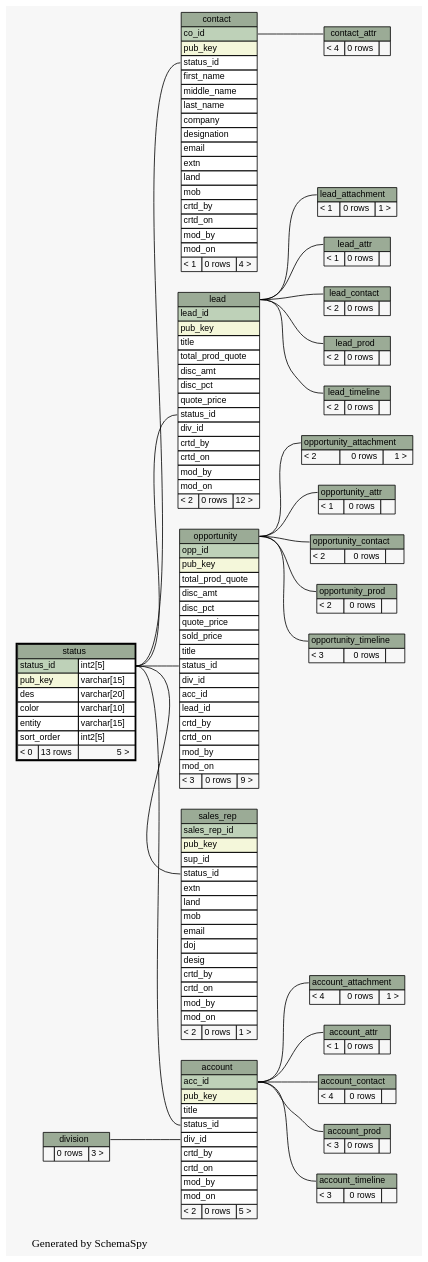
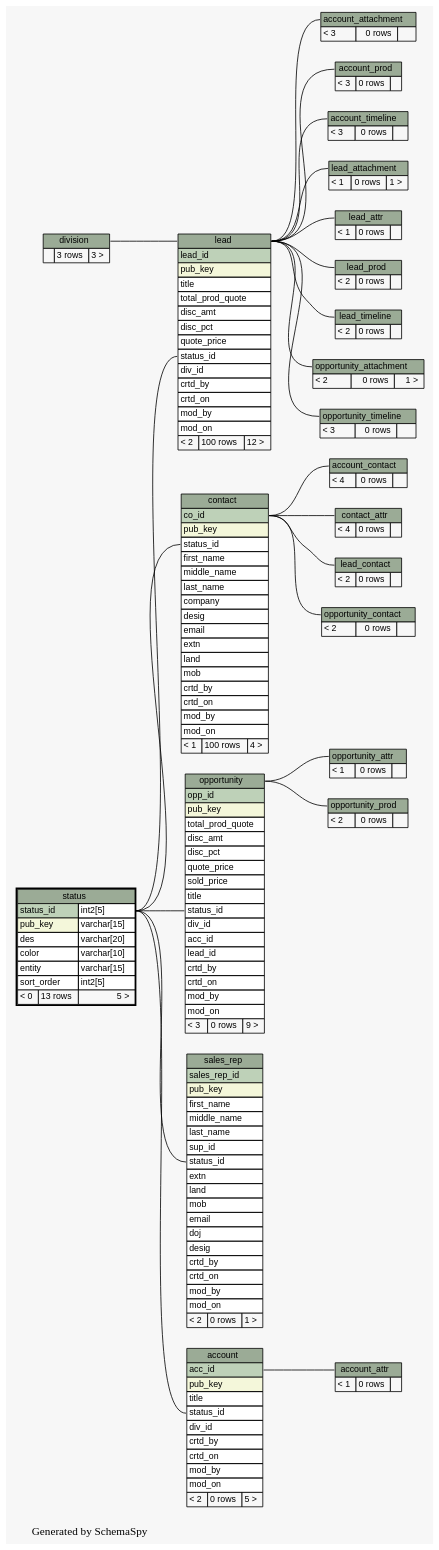
Before and after one commit to engineerscraft/salesforce: the diagram in docs/database/schemaspy/graphs/status.2degrees.dot, drawn with Graphviz. The commit also changed 180 other files, not shown here.

Commit message:
test data created for sales_rep, contact, division, product, lead created

```diff
--- a/docs/database/schemaspy/graphs/status.2degrees.dot
+++ b/docs/database/schemaspy/graphs/status.2degrees.dot
@@ -14,27 +14,27 @@
   edge [
     arrowsize="0.8"
   ];
-  "account":"div_id":w -> "division":"division.heading":e [arrowtail=crowtee arrowhead=none];
   "account":"status_id":w -> "status":"status_id.type":e [arrowtail=crowtee arrowhead=none];
-  "account_attachment":"account_attachment.heading":w -> "account":"acc_id":e [arrowtail=crowtee arrowhead=none];
+  "account_attachment":"account_attachment.heading":w -> "lead":"lead.heading":e [arrowtail=crowodot arrowhead=none];
   "account_attr":"account_attr.heading":w -> "account":"acc_id":e [arrowtail=tee arrowhead=none];
-  "account_contact":"account_contact.heading":w -> "account":"acc_id":e [arrowtail=crowtee arrowhead=none];
-  "account_prod":"account_prod.heading":w -> "account":"acc_id":e [arrowtail=crowtee arrowhead=none];
-  "account_timeline":"account_timeline.heading":w -> "account":"acc_id":e [arrowtail=crowtee arrowhead=none];
+  "account_contact":"account_contact.heading":w -> "contact":"co_id":e [arrowtail=crowtee arrowhead=none];
+  "account_prod":"account_prod.heading":w -> "lead":"lead.heading":e [arrowtail=crowtee arrowhead=none];
+  "account_timeline":"account_timeline.heading":w -> "lead":"lead.heading":e [arrowtail=crowodot arrowhead=none];
   "contact":"status_id":w -> "status":"status_id.type":e [arrowtail=crowtee arrowhead=none];
   "contact_attr":"contact_attr.heading":w -> "contact":"co_id":e [arrowtail=tee arrowhead=none];
+  "lead":"lead.heading":w -> "division":"division.heading":e [arrowtail=crowtee arrowhead=none];
   "lead":"status_id":w -> "status":"status_id.type":e [arrowtail=crowtee arrowhead=none];
   "lead_attachment":"lead_attachment.heading":w -> "lead":"lead.heading":e [arrowtail=crowtee arrowhead=none];
   "lead_attr":"lead_attr.heading":w -> "lead":"lead.heading":e [arrowtail=tee arrowhead=none];
-  "lead_contact":"lead_contact.heading":w -> "lead":"lead.heading":e [arrowtail=crowtee arrowhead=none];
+  "lead_contact":"lead_contact.heading":w -> "contact":"co_id":e [arrowtail=crowtee arrowhead=none];
   "lead_prod":"lead_prod.heading":w -> "lead":"lead.heading":e [arrowtail=crowtee arrowhead=none];
   "lead_timeline":"lead_timeline.heading":w -> "lead":"lead.heading":e [arrowtail=crowtee arrowhead=none];
   "opportunity":"status_id":w -> "status":"status_id.type":e [arrowtail=crowtee arrowhead=none];
-  "opportunity_attachment":"opportunity_attachment.heading":w -> "opportunity":"opportunity.heading":e [arrowtail=crowtee arrowhead=none];
+  "opportunity_attachment":"opportunity_attachment.heading":w -> "lead":"lead.heading":e [arrowtail=crowtee arrowhead=none];
   "opportunity_attr":"opportunity_attr.heading":w -> "opportunity":"opportunity.heading":e [arrowtail=tee arrowhead=none];
-  "opportunity_contact":"opportunity_contact.heading":w -> "opportunity":"opportunity.heading":e [arrowtail=crowtee arrowhead=none];
+  "opportunity_contact":"opportunity_contact.heading":w -> "contact":"co_id":e [arrowtail=crowtee arrowhead=none];
   "opportunity_prod":"opportunity_prod.heading":w -> "opportunity":"opportunity.heading":e [arrowtail=crowtee arrowhead=none];
-  "opportunity_timeline":"opportunity_timeline.heading":w -> "opportunity":"opportunity.heading":e [arrowtail=crowtee arrowhead=none];
+  "opportunity_timeline":"opportunity_timeline.heading":w -> "lead":"lead.heading":e [arrowtail=crowodot arrowhead=none];
   "sales_rep":"status_id":w -> "status":"status_id.type":e [arrowtail=crowtee arrowhead=none];
   "account" [
     label=<
@@ -58,7 +58,7 @@
     label=<
     <TABLE BORDER="0" CELLBORDER="1" CELLSPACING="0" BGCOLOR="#ffffff">
       <TR><TD PORT="account_attachment.heading" COLSPAN="3" BGCOLOR="#9bab96" ALIGN="CENTER">account_attachment</TD></TR>
-      <TR><TD ALIGN="LEFT" BGCOLOR="#f7f7f7">&lt; 4</TD><TD ALIGN="RIGHT" BGCOLOR="#f7f7f7">0 rows</TD><TD ALIGN="RIGHT" BGCOLOR="#f7f7f7">1 &gt;</TD></TR>
+      <TR><TD ALIGN="LEFT" BGCOLOR="#f7f7f7">&lt; 3</TD><TD ALIGN="RIGHT" BGCOLOR="#f7f7f7">0 rows</TD><TD ALIGN="RIGHT" BGCOLOR="#f7f7f7">  </TD></TR>
     </TABLE>>
     URL="account_attachment.html#graph"
     tooltip="account_attachment"
@@ -110,7 +110,7 @@
       <TR><TD PORT="middle_name" COLSPAN="3" ALIGN="LEFT">middle_name</TD></TR>
       <TR><TD PORT="last_name" COLSPAN="3" ALIGN="LEFT">last_name</TD></TR>
       <TR><TD PORT="company" COLSPAN="3" ALIGN="LEFT">company</TD></TR>
-      <TR><TD PORT="designation" COLSPAN="3" ALIGN="LEFT">designation</TD></TR>
+      <TR><TD PORT="desig" COLSPAN="3" ALIGN="LEFT">desig</TD></TR>
       <TR><TD PORT="email" COLSPAN="3" ALIGN="LEFT">email</TD></TR>
       <TR><TD PORT="extn" COLSPAN="3" ALIGN="LEFT">extn</TD></TR>
       <TR><TD PORT="land" COLSPAN="3" ALIGN="LEFT">land</TD></TR>
@@ -119,7 +119,7 @@
       <TR><TD PORT="crtd_on" COLSPAN="3" ALIGN="LEFT">crtd_on</TD></TR>
       <TR><TD PORT="mod_by" COLSPAN="3" ALIGN="LEFT">mod_by</TD></TR>
       <TR><TD PORT="mod_on" COLSPAN="3" ALIGN="LEFT">mod_on</TD></TR>
-      <TR><TD ALIGN="LEFT" BGCOLOR="#f7f7f7">&lt; 1</TD><TD ALIGN="RIGHT" BGCOLOR="#f7f7f7">0 rows</TD><TD ALIGN="RIGHT" BGCOLOR="#f7f7f7">4 &gt;</TD></TR>
+      <TR><TD ALIGN="LEFT" BGCOLOR="#f7f7f7">&lt; 1</TD><TD ALIGN="RIGHT" BGCOLOR="#f7f7f7">100 rows</TD><TD ALIGN="RIGHT" BGCOLOR="#f7f7f7">4 &gt;</TD></TR>
     </TABLE>>
     URL="contact.html#graph"
     tooltip="contact"
@@ -137,7 +137,7 @@
     label=<
     <TABLE BORDER="0" CELLBORDER="1" CELLSPACING="0" BGCOLOR="#ffffff">
       <TR><TD PORT="division.heading" COLSPAN="3" BGCOLOR="#9bab96" ALIGN="CENTER">division</TD></TR>
-      <TR><TD ALIGN="LEFT" BGCOLOR="#f7f7f7">  </TD><TD ALIGN="RIGHT" BGCOLOR="#f7f7f7">0 rows</TD><TD ALIGN="RIGHT" BGCOLOR="#f7f7f7">3 &gt;</TD></TR>
+      <TR><TD ALIGN="LEFT" BGCOLOR="#f7f7f7">  </TD><TD ALIGN="RIGHT" BGCOLOR="#f7f7f7">3 rows</TD><TD ALIGN="RIGHT" BGCOLOR="#f7f7f7">3 &gt;</TD></TR>
     </TABLE>>
     URL="division.html#graph"
     tooltip="division"
@@ -159,7 +159,7 @@
       <TR><TD PORT="crtd_on" COLSPAN="3" ALIGN="LEFT">crtd_on</TD></TR>
       <TR><TD PORT="mod_by" COLSPAN="3" ALIGN="LEFT">mod_by</TD></TR>
       <TR><TD PORT="mod_on" COLSPAN="3" ALIGN="LEFT">mod_on</TD></TR>
-      <TR><TD ALIGN="LEFT" BGCOLOR="#f7f7f7">&lt; 2</TD><TD ALIGN="RIGHT" BGCOLOR="#f7f7f7">0 rows</TD><TD ALIGN="RIGHT" BGCOLOR="#f7f7f7">12 &gt;</TD></TR>
+      <TR><TD ALIGN="LEFT" BGCOLOR="#f7f7f7">&lt; 2</TD><TD ALIGN="RIGHT" BGCOLOR="#f7f7f7">100 rows</TD><TD ALIGN="RIGHT" BGCOLOR="#f7f7f7">12 &gt;</TD></TR>
     </TABLE>>
     URL="lead.html#graph"
     tooltip="lead"
@@ -285,6 +285,9 @@
       <TR><TD PORT="sales_rep.heading" COLSPAN="3" BGCOLOR="#9bab96" ALIGN="CENTER">sales_rep</TD></TR>
       <TR><TD PORT="sales_rep_id" COLSPAN="3" BGCOLOR="#bed1b8" ALIGN="LEFT">sales_rep_id</TD></TR>
       <TR><TD PORT="pub_key" COLSPAN="3" BGCOLOR="#f4f7da" ALIGN="LEFT">pub_key</TD></TR>
+      <TR><TD PORT="first_name" COLSPAN="3" ALIGN="LEFT">first_name</TD></TR>
+      <TR><TD PORT="middle_name" COLSPAN="3" ALIGN="LEFT">middle_name</TD></TR>
+      <TR><TD PORT="last_name" COLSPAN="3" ALIGN="LEFT">last_name</TD></TR>
       <TR><TD PORT="sup_id" COLSPAN="3" ALIGN="LEFT">sup_id</TD></TR>
       <TR><TD PORT="status_id" COLSPAN="3" ALIGN="LEFT">status_id</TD></TR>
       <TR><TD PORT="extn" COLSPAN="3" ALIGN="LEFT">extn</TD></TR>
```
